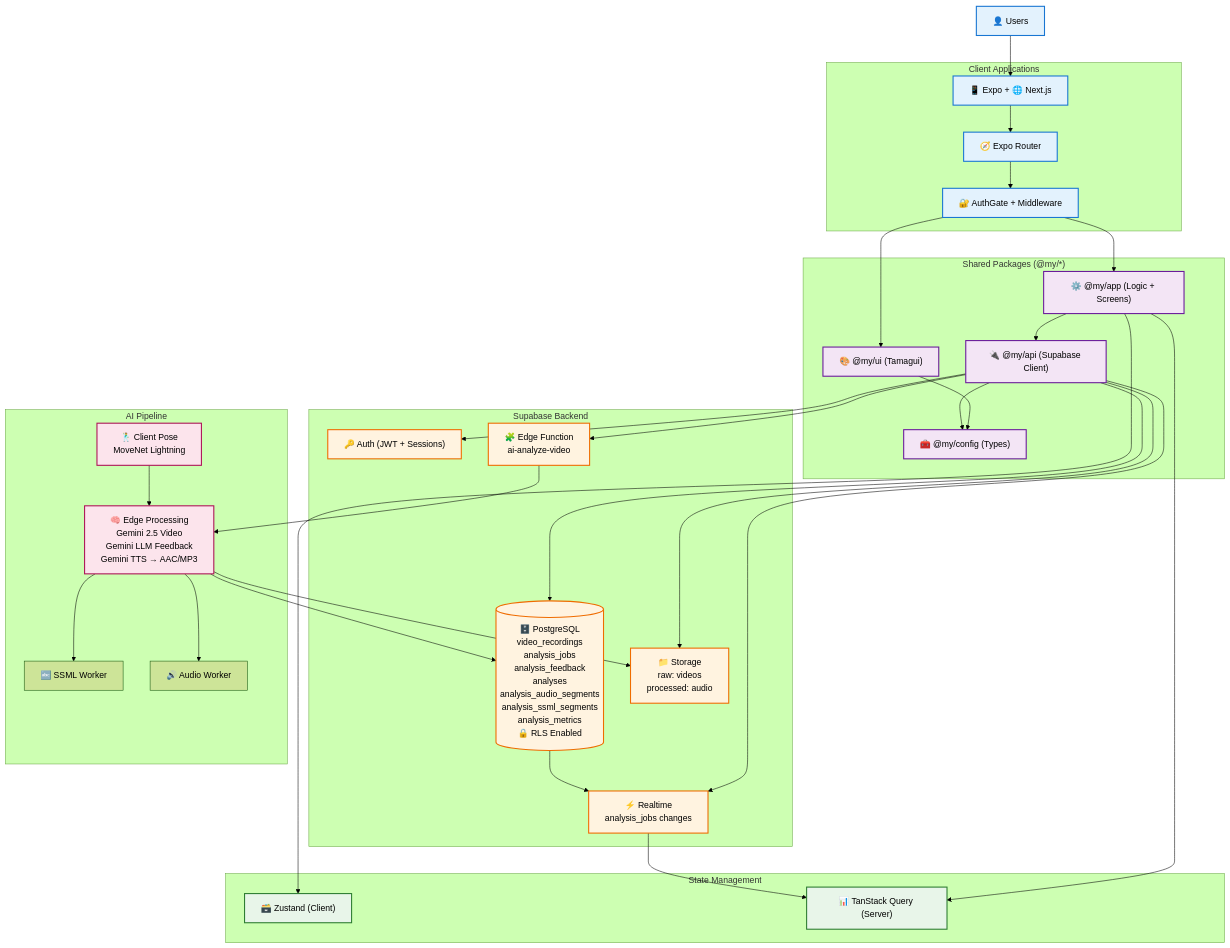
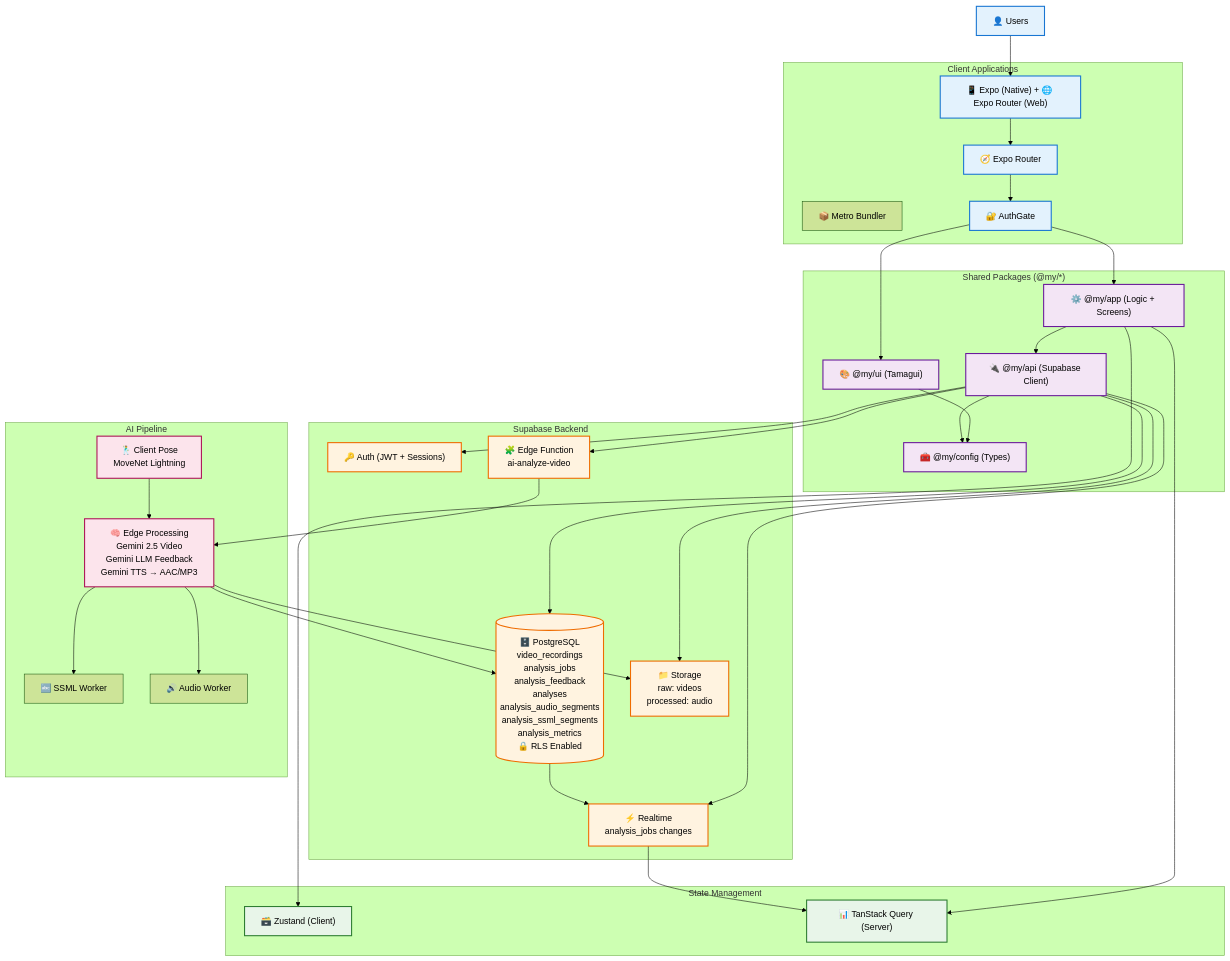
Before and after one commit to JohnSchweden/sololevel: the diagram in docs/spec/architecture.mermaid, drawn with Mermaid (forest theme). The commit also changed 117 other files, not shown here.

First line of the commit message:
feat(web): migrate from Next.js to Expo Router web app

```diff
--- a/docs/spec/architecture.mermaid
+++ b/docs/spec/architecture.mermaid
@@ -1,87 +1,88 @@
 graph TB
     User["👤 Users"]
 
     subgraph Client["Client Applications"]
-        Apps["📱 Expo + 🌐 Next.js"]
+        Apps["📱 Expo (Native) + 🌐 Expo Router (Web)"]
+        Bundler["📦 Metro Bundler"]
         Router["🧭 Expo Router"]
-        Auth["🔐 AuthGate + Middleware"]
+        Auth["🔐 AuthGate"]
     end
 
     subgraph Packages["Shared Packages (@my/*)"]
         UI["🎨 @my/ui (Tamagui)"]
         App["⚙️ @my/app (Logic + Screens)"]
         API["🔌 @my/api (Supabase Client)"]
         Config["🧰 @my/config (Types)"]
     end
 
     subgraph State["State Management"]
         Zustand["🗃️ Zustand (Client)"]
         TSQ["📊 TanStack Query (Server)"]
     end
 
     subgraph Backend["Supabase Backend"]
         AuthSvc["🔑 Auth (JWT + Sessions)"]
         DB[("🗄️ PostgreSQL
         video_recordings
         analysis_jobs
         analysis_feedback
         analyses
         analysis_audio_segments
         analysis_ssml_segments
         analysis_metrics
         🔒 RLS Enabled")]
         Storage["📁 Storage
         raw: videos
         processed: audio"]
         RT["⚡ Realtime
         analysis_jobs changes"]
         Edge["🧩 Edge Function
         ai-analyze-video"]
     end
 
     subgraph AI["AI Pipeline"]
         ClientPose["🕺 Client Pose
         MoveNet Lightning"]
         EdgeAI["🧠 Edge Processing
         Gemini 2.5 Video
         Gemini LLM Feedback
         Gemini TTS → AAC/MP3"]
         SSMLW["🔤 SSML Worker"]
         AudioW["🔊 Audio Worker"]
     end
 
     User --> Apps
     Apps --> Router
     Router --> Auth
     Auth --> UI
     Auth --> App
     App --> API
     App --> Zustand
     App --> TSQ
     UI --> Config
     API --> Config
     API --> AuthSvc
     API --> DB
     API --> Storage
     API --> RT
     API --> Edge
     ClientPose --> EdgeAI
     Edge --> EdgeAI
     EdgeAI --> Storage
     EdgeAI --> DB
     EdgeAI --> SSMLW
     EdgeAI --> AudioW
     DB --> RT
     RT --> TSQ
 
     classDef client fill:#e3f2fd,stroke:#1976d2,stroke-width:2px
     classDef shared fill:#f3e5f5,stroke:#6a1b9a,stroke-width:2px
     classDef state fill:#e8f5e9,stroke:#2e7d32,stroke-width:2px
     classDef backend fill:#fff3e0,stroke:#ef6c00,stroke-width:2px
     classDef ai fill:#fce4ec,stroke:#ad1457,stroke-width:2px
 
     class User,Apps,Router,Auth client
     class UI,App,API,Config shared
     class Zustand,TSQ state
     class AuthSvc,DB,Storage,RT,Edge backend
     class ClientPose,EdgeAI ai
```
